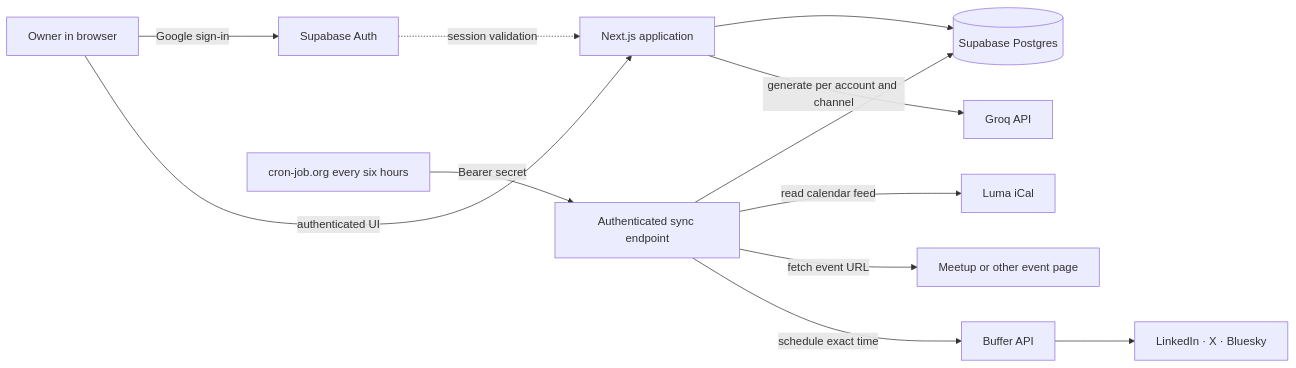
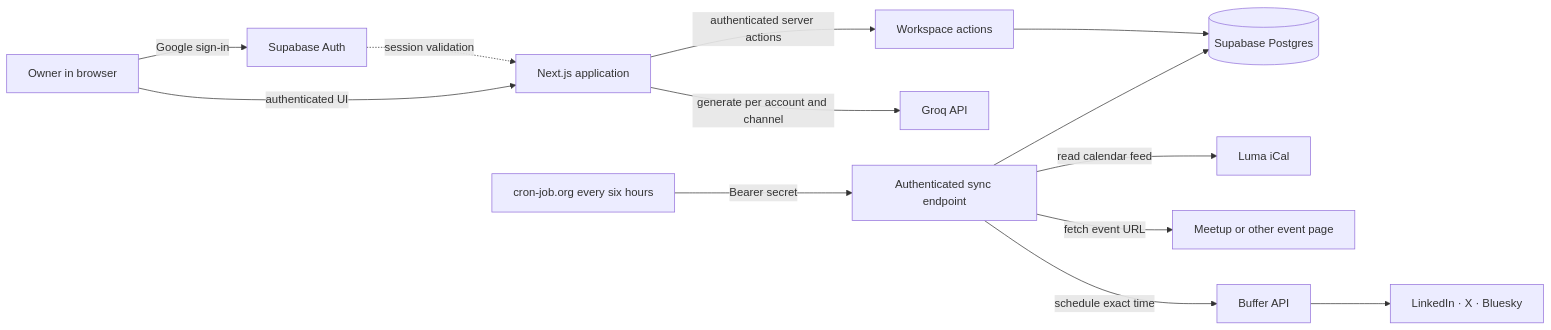
One commit to anyulled/findly changed the first of 2 diagrams in docs/architecture.md. Above: the diagram before and after it, drawn with Mermaid. The commit also changed other lines of this file and 8 other files, not shown here.

````diff
--- a/docs/architecture.md
+++ b/docs/architecture.md
@@ -9,14 +9,15 @@
 ```mermaid
 flowchart LR
   owner[Owner in browser] -->|Google sign-in| auth[Supabase Auth]
   owner -->|authenticated UI| app[Next.js application]
   timer[cron-job.org every six hours] -->|Bearer secret| sync[Authenticated sync endpoint]
-  app --> db[(Supabase Postgres)]
+  app -->|authenticated server actions| actions[Workspace actions]
+  actions --> db[(Supabase Postgres)]
   sync --> db
   sync -->|read calendar feed| luma[Luma iCal]
   sync -->|fetch event URL| meetup[Meetup or other event page]
   app -->|generate per account and channel| groq[Groq API]
   sync -->|schedule exact time| buffer[Buffer API]
   buffer --> social[LinkedIn · X · Bluesky]
   auth -. session validation .-> app
 ```
````
